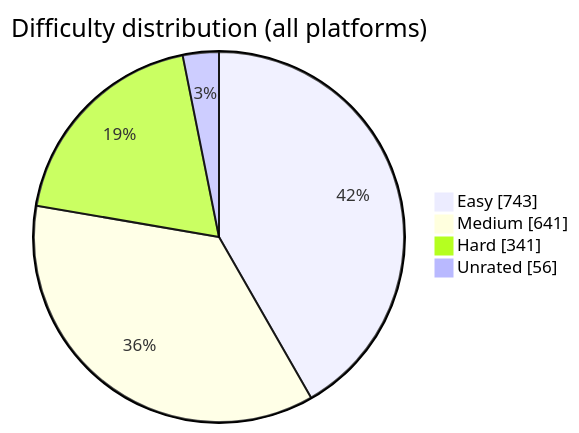
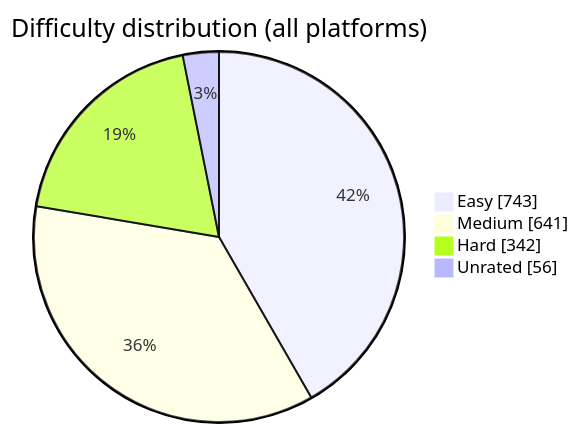
Before and after one commit to BuildbyArindam/Daily-Coding-Log: the diagram in README.md, drawn with Mermaid. The commit also changed other lines of this file, not shown here.

````diff
--- a/README.md
+++ b/README.md
@@ -108,7 +108,7 @@
 ```mermaid
 pie showData title Difficulty distribution (all platforms)
     "Easy" : 743
     "Medium" : 641
-    "Hard" : 341
+    "Hard" : 342
     "Unrated" : 56
 ```
````
